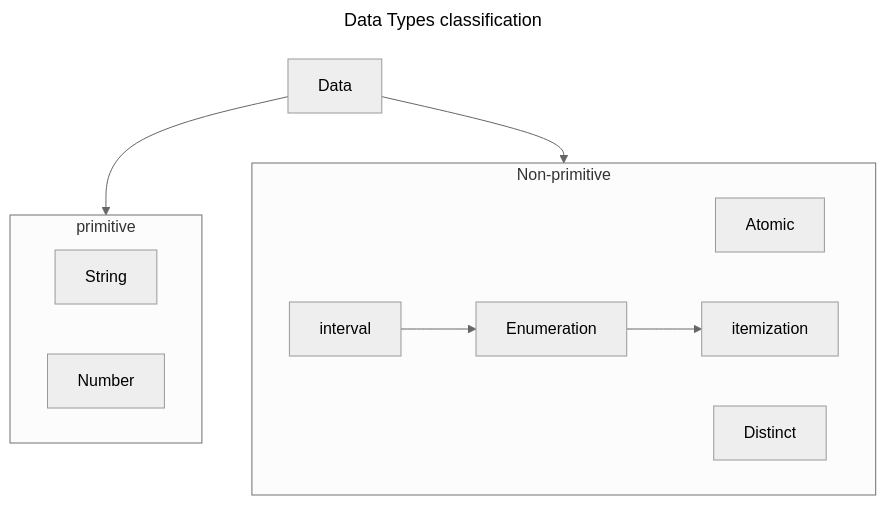
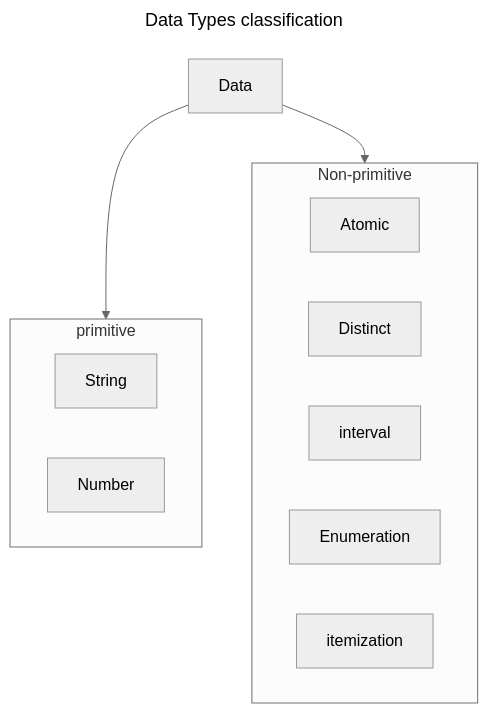
One commit to ssahu200122/Obsidian-vault changed the diagram in Notes/OSSU/Core CS/Core Programming/Systemactic Program design/HtDD.md. Above: the diagram before and after it, drawn with Mermaid (neutral theme).

Commit message:
vault backup: 2025-03-06 22:41:34

````diff
--- a/Notes/OSSU/Core CS/Core Programming/Systemactic Program design/HtDD.md
+++ b/Notes/OSSU/Core CS/Core Programming/Systemactic Program design/HtDD.md
@@ -164,17 +164,19 @@
 ```mermaid
 ---
 title: Data Types classification
 ---
 flowchart TB
     D[Data] --> primitive & NP
     subgraph primitive
 	String 
 	Number
     end
     subgraph NP[Non-primitive]
     Atomic 
     Distinct 
-    interval --> Enumeration --> itemization
+    interval 
+	Enumeration 
+	itemization
     end
 
 ```
````
